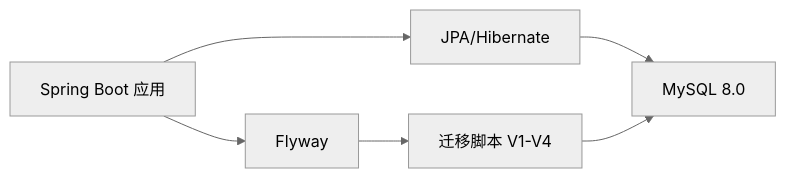
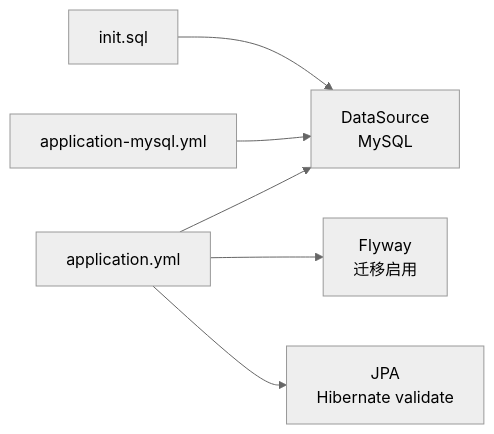
Before and after one commit to koala-xiong/communication-qoder: the third of 3 diagrams in .qoder/repowiki/zh/content/数据库设计/数据库设计.md, drawn with Mermaid (neutral theme). The commit also changed other lines of this file and 73 other files, not shown here.

````diff
--- a/.qoder/repowiki/zh/content/数据库设计/数据库设计.md
+++ b/.qoder/repowiki/zh/content/数据库设计/数据库设计.md
@@ -287,8 +287,8 @@
 ```mermaid
 graph LR
-APP["Spring Boot 应用"] --> JPA["JPA/Hibernate"]
-JPA --> MYSQL["MySQL 8.0"]
-APP --> FLYWAY["Flyway"]
-FLYWAY --> MIG["迁移脚本 V1-V4"]
-MIG --> MYSQL
+APP["application.yml"] --> DS["DataSource<br/>MySQL"]
+APP --> FW["Flyway<br/>迁移启用"]
+APP --> JP["JPA<br/>Hibernate validate"]
+INIT["init.sql"] --> DS
+MYSQL["application-mysql.yml"] --> DS
 ```
````
